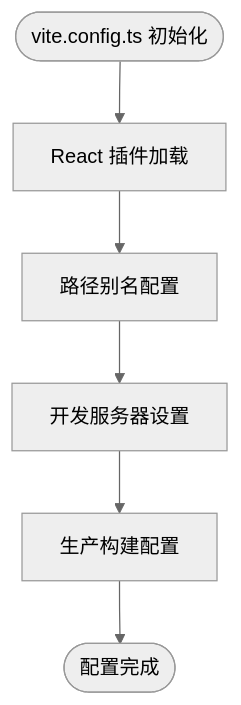
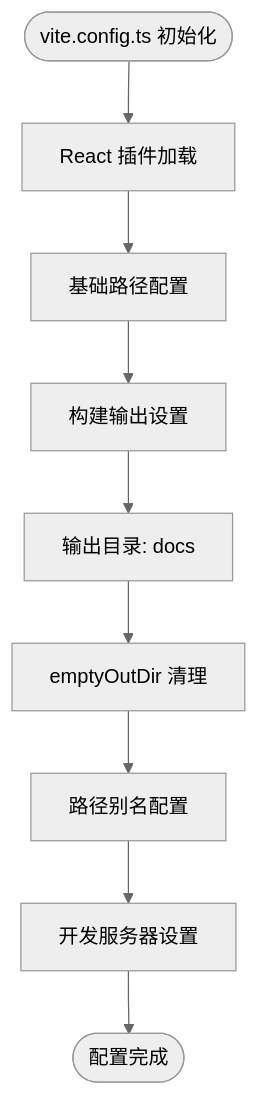
Before and after one commit to JadeXusq/qr-generator: the second of 5 diagrams in .qoder/repowiki/zh/content/配置系统/构建配置.md, drawn with Mermaid (neutral theme). The commit also changed other lines of this file and 5 other files, not shown here.

````diff
--- a/.qoder/repowiki/zh/content/配置系统/构建配置.md
+++ b/.qoder/repowiki/zh/content/配置系统/构建配置.md
@@ -97,8 +103,11 @@
 ```mermaid
 flowchart TD
 Start(["vite.config.ts 初始化"]) --> Plugins["React 插件加载"]
-Plugins --> Alias["路径别名配置"]
+Plugins --> Base["基础路径配置"]
+Base --> Build["构建输出设置"]
+Build --> OutDir["输出目录: docs"]
+OutDir --> Clean["emptyOutDir 清理"]
+Clean --> Alias["路径别名配置"]
 Alias --> DevServer["开发服务器设置"]
-DevServer --> Build["生产构建配置"]
-Build --> End(["配置完成"])
+DevServer --> End(["配置完成"])
 ```
````
